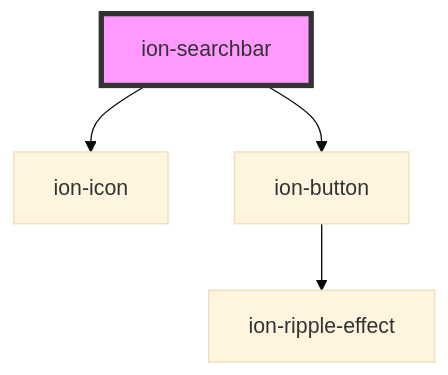
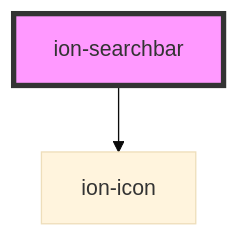
The diagram in core/src/components/searchbar/readme.md (MEDGRUPOGIT/ionic-framework-1), drawn with Mermaid (base theme) before and after one commit. The commit also changed other lines of this file and 43 other files, not shown here.

````diff
--- a/core/src/components/searchbar/readme.md
+++ b/core/src/components/searchbar/readme.md
@@ -399,7 +398,5 @@
 ```mermaid
 graph TD;
   ion-searchbar --> ion-icon
-  ion-searchbar --> ion-button
-  ion-button --> ion-ripple-effect
   style ion-searchbar fill:#f9f,stroke:#333,stroke-width:4px
 ```
````
